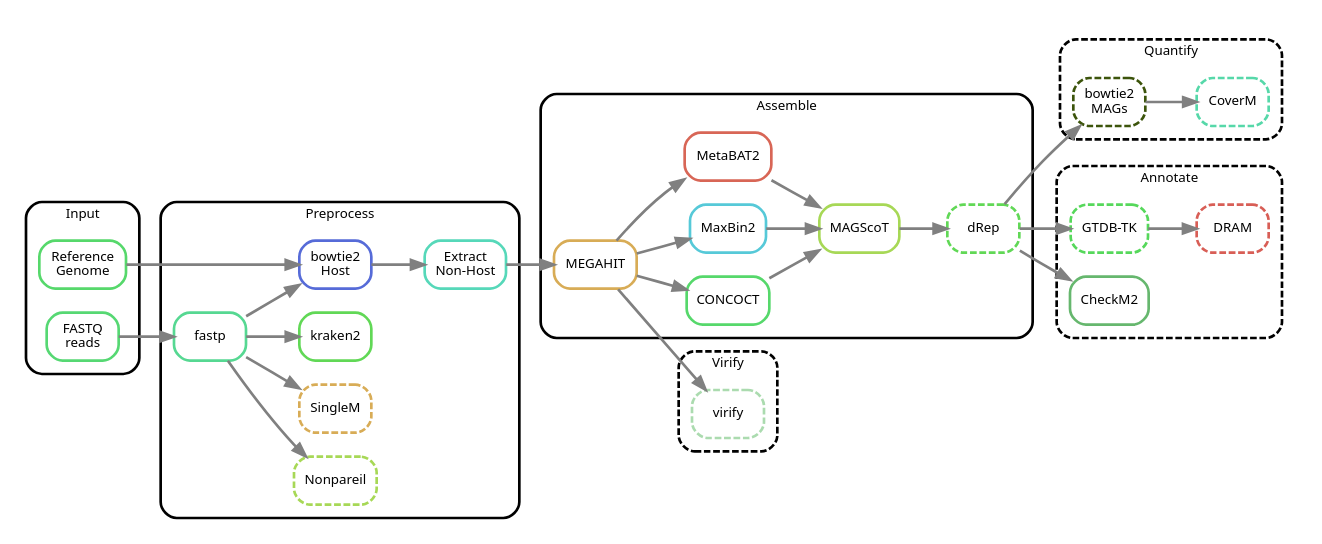
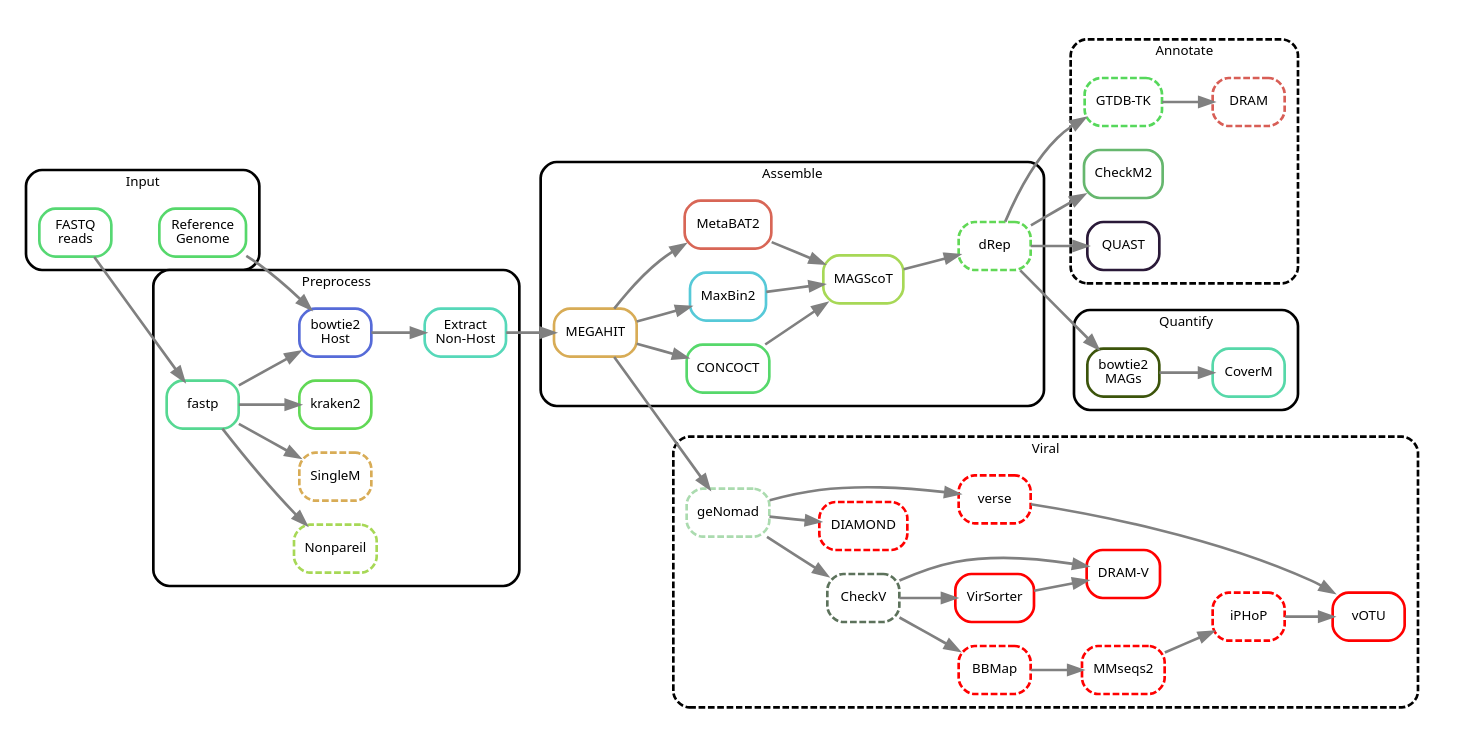
Before and after one commit to 3d-omics/mg_assembly: the diagram in rulegraph_simple.dot, drawn with Graphviz. The commit also changed 6 other files, not shown here.

Commit message:
feat(viral): added diamond

```diff
--- a/rulegraph_simple.dot
+++ b/rulegraph_simple.dot
@@ -1,106 +1,130 @@
 digraph snakemake_dag {
     rankdir=LR;
-    // newrank=true;
+    newrank=true;
     graph[bgcolor=white, margin=0, compound=true];
     node[shape=box, style=rounded, fontname=sans, fontsize=10, penwidth=2];
     edge[penwidth=2, color=grey];
 
     subgraph cluster_0 {
         label = "Input";
         shape=box; style=rounded; fontname=sans; fontsize=10; penwidth=2; margin=10;
         reference [label = "Reference\nGenome", color = "0.36 0.6 0.85"];
         fastq     [label = "FASTQ\nreads",      color = "0.37 0.6 0.85"];
     }
 
 
 
     subgraph cluster_1 {
         label = "Preprocess";
         shape=box; style=rounded; fontname=sans; fontsize=10; penwidth=2; margin=10;
         bowtie2   [label = "bowtie2\nHost", color = "0.64 0.6 0.85"];
         extract   [label = "Extract\nNon-Host",    color = "0.46 0.6 0.85"];
         fastp     [label = "fastp",                color = "0.41 0.6 0.85"];
         {
             rankdir=LR;
-            nonpareil [label = "Nonpareil",            color = "0.23 0.6 0.85", style = "dashed,rounded"];
-            singlem   [label = "SingleM",              color = "0.11 0.6 0.85", style = "dashed,rounded"];
-            kraken2   [label = "kraken2",              color = "0.32 0.6 0.85"];
+            nonpareil [label = "Nonpareil", color = "0.23 0.6 0.85", style = "dashed,rounded"];
+            singlem   [label = "SingleM",   color = "0.11 0.6 0.85", style = "dashed,rounded"];
+            kraken2   [label = "kraken2",   color = "0.32 0.6 0.85"];
         }
         fastp   -> bowtie2
         fastp   -> nonpareil
         fastp   -> singlem
         fastp   -> kraken2
         bowtie2 -> extract
 
     }
 
 
     subgraph cluster_2 {
         label = "Assemble";
         shape=box; style=rounded; fontname=sans; fontsize=10; penwidth=2; margin=10;
-        megahit [label = "MEGAHIT", color = "0.11 0.6 0.85"];
+        megahit  [label = "MEGAHIT",  color = "0.11 0.6 0.85"];
         concoct  [label = "CONCOCT",  color = "0.36 0.6 0.85"];
         maxbin2  [label = "MaxBin2",  color = "0.52 0.6 0.85"];
         metabat2 [label = "MetaBAT2", color = "0.02 0.6 0.85"];
         magscot  [label = "MAGScoT",  color = "0.23 0.6 0.85"];
-        drep   [label = "dRep",    color = "0.32 0.6 0.85", style = "dashed,rounded"];
+        drep     [label = "dRep",     color = "0.32 0.6 0.85", style = "dashed,rounded"];
 
         megahit -> concoct
         megahit -> maxbin2
         megahit -> metabat2
         metabat2 -> magscot
         concoct  -> magscot
         maxbin2  -> magscot
         magscot  -> drep
     }
 
 
 
 
     subgraph cluster_6_space {
         margin = 10;
         style = invis;
         subgraph cluster_6 {
             label = "Quantify";
-            shape=box; style="rounded,dashed"; fontname=sans; fontsize=10; penwidth=2; margin=10;
-            bowtie2_drep [label = "bowtie2\nMAGs", color = "0.22 0.86 0.33", style = "dashed,rounded"];
-            coverm       [label = "CoverM",  color = "0.44 0.6 0.85", style = "dashed,rounded"];
+            shape=box; style="rounded"; fontname=sans; fontsize=10; penwidth=2; margin=10;
+            bowtie2_drep [label = "bowtie2\nMAGs", color = "0.22 0.86 0.33"];
+            coverm       [label = "CoverM",        color = "0.44 0.60 0.85"];
         }
         bowtie2_drep -> coverm
     }
 
     subgraph cluster_7_space {
         margin = 10;
         style = invis;
         subgraph cluster_7 {
             label = "Annotate";
             shape=box; style="rounded,dashed"; fontname=sans; fontsize=10; penwidth=2; margin=10;
             gtdbtk [label = "GTDB-TK", color = "0.34 0.6 0.85", style = "dashed,rounded"];
             dram   [label = "DRAM",    color = "0.01 0.6 0.85", style = "dashed,rounded"];
-            checkm [label = "CheckM2", color = "0.35 0.44 0.72", style = "rounded"];
+            checkm [label = "CheckM2", color = "0.35 0.44 0.72"];
+            quast  [label = "QUAST",   color = "0.76  0.55 0.22"];
         }
         gtdbtk -> dram
 
     }
 
     reference -> bowtie2
     fastq     -> fastp
     extract   -> megahit
-    megahit   -> virify
     drep      -> gtdbtk
     drep      -> bowtie2_drep
     drep      -> checkm
+    drep      -> quast
 
     subgraph cluster_5_space {
         margin = 10;
         style = invis;
         subgraph cluster_5 {
-            label = "Virify";
+            label = "Viral";
             shape=box; style="rounded,dashed"; fontname=sans; fontsize=10; penwidth=2; margin="10,10";
-            virify [label = "virify", color = "0.35 0.22 0.86", style = "dashed,rounded"]
 
+            genomad     [label = "geNomad",     color = "0.35 0.22 0.86", style = "dashed,rounded"];
+            checkv      [label = "CheckV",      color = "0.33 0.20 0.45", style = "dashed,rounded"];
+            bbmap       [label = "BBMap",       color = red,              style = "dashed,rounded"];
+            mmseqs2     [label = "MMseqs2",     color = red,              style = "dashed,rounded"];
+            iphop       [label = "iPHoP",       color = red,              style = "dashed,rounded"];
+            diamond     [label = "DIAMOND",     color = red,              style = "dashed,rounded"];
+            verse       [label = "verse",       color = red,              style = "dashed,rounded"];
+            votu        [label = "vOTU",        color = red];
+            virsorter   [label = "VirSorter",   color = red];
+            dramv       [label = "DRAM-V",      color = red];
         }
+
+        megahit -> genomad
+        genomad -> checkv
+        checkv -> bbmap
+        bbmap -> mmseqs2
+        mmseqs2 -> iphop
+        genomad -> diamond
+        genomad -> verse
+        verse -> votu
+        iphop -> votu
+        checkv -> virsorter
+        checkv -> dramv
+        virsorter -> dramv
+
     }
 
 
 }
```
